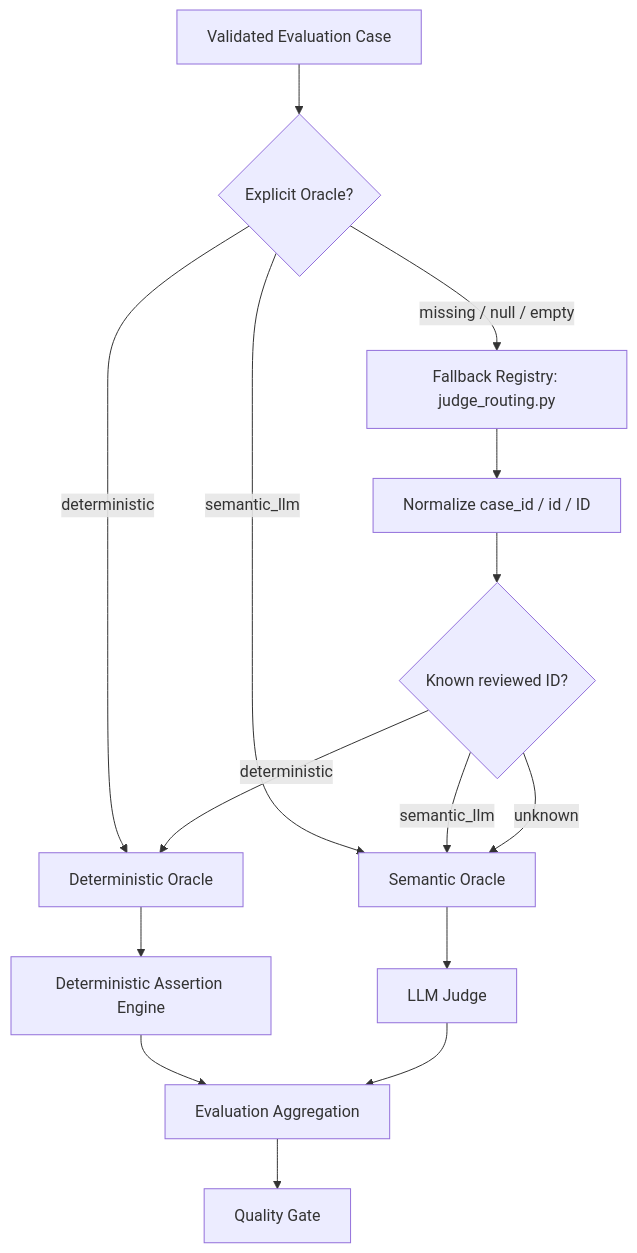
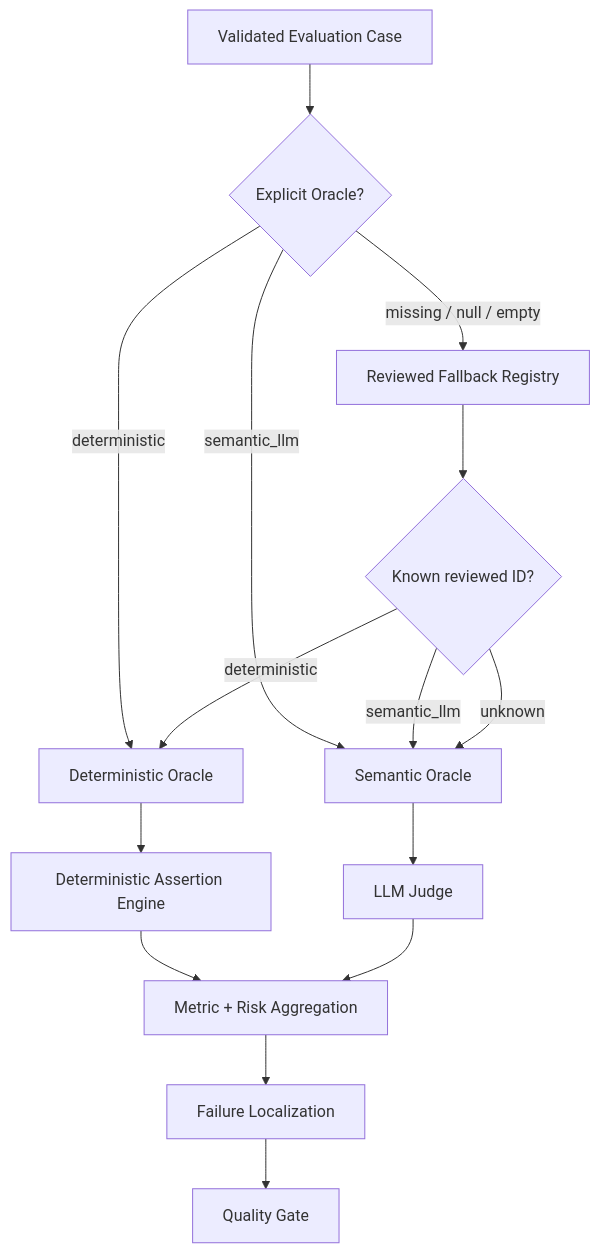
One commit to oleksandrserhieiev-beep/ai-qe-lab changed the first of 3 diagrams in docs/automated_ai_evaluation.md. Above: the diagram before and after it, drawn with Mermaid. The commit also changed other lines of this file, not shown here.

````diff
--- a/docs/automated_ai_evaluation.md
+++ b/docs/automated_ai_evaluation.md
@@ -25,17 +25,17 @@
 ```mermaid
 flowchart TD
     A[Validated Evaluation Case] --> O{Explicit Oracle?}
     O -->|deterministic| D[Deterministic Oracle]
     O -->|semantic_llm| S[Semantic Oracle]
-    O -->|missing / null / empty| F[Fallback Registry: judge_routing.py]
-    F --> ID[Normalize case_id / id / ID]
-    ID --> M{Known reviewed ID?}
+    O -->|missing / null / empty| F[Reviewed Fallback Registry]
+    F --> M{Known reviewed ID?}
     M -->|deterministic| D
     M -->|semantic_llm| S
     M -->|unknown| S
     D --> P[Deterministic Assertion Engine]
     S --> J[LLM Judge]
-    P --> R[Evaluation Aggregation]
+    P --> R[Metric + Risk Aggregation]
     J --> R
-    R --> G[Quality Gate]
+    R --> L[Failure Localization]
+    L --> G[Quality Gate]
 ```
````
